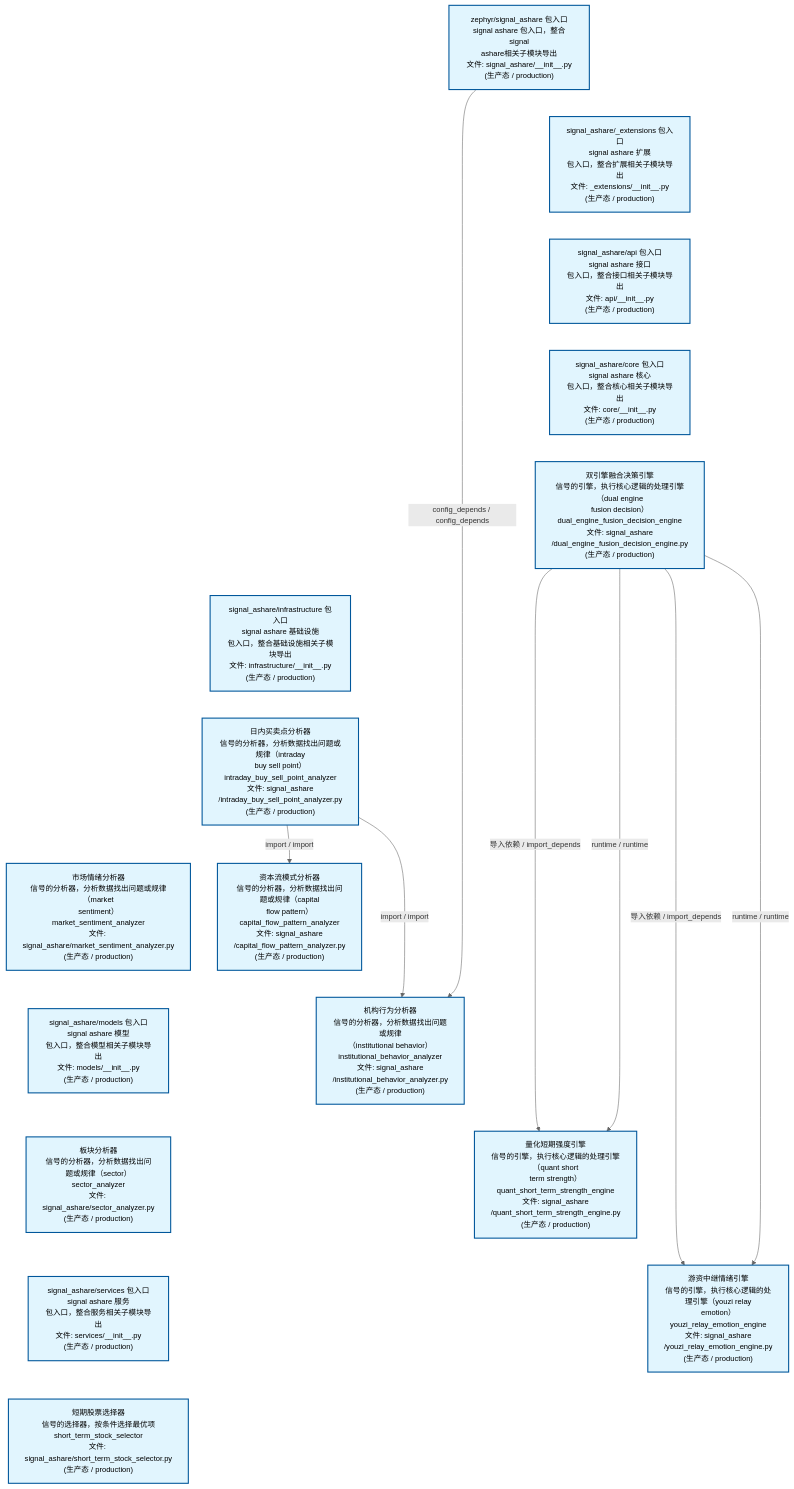
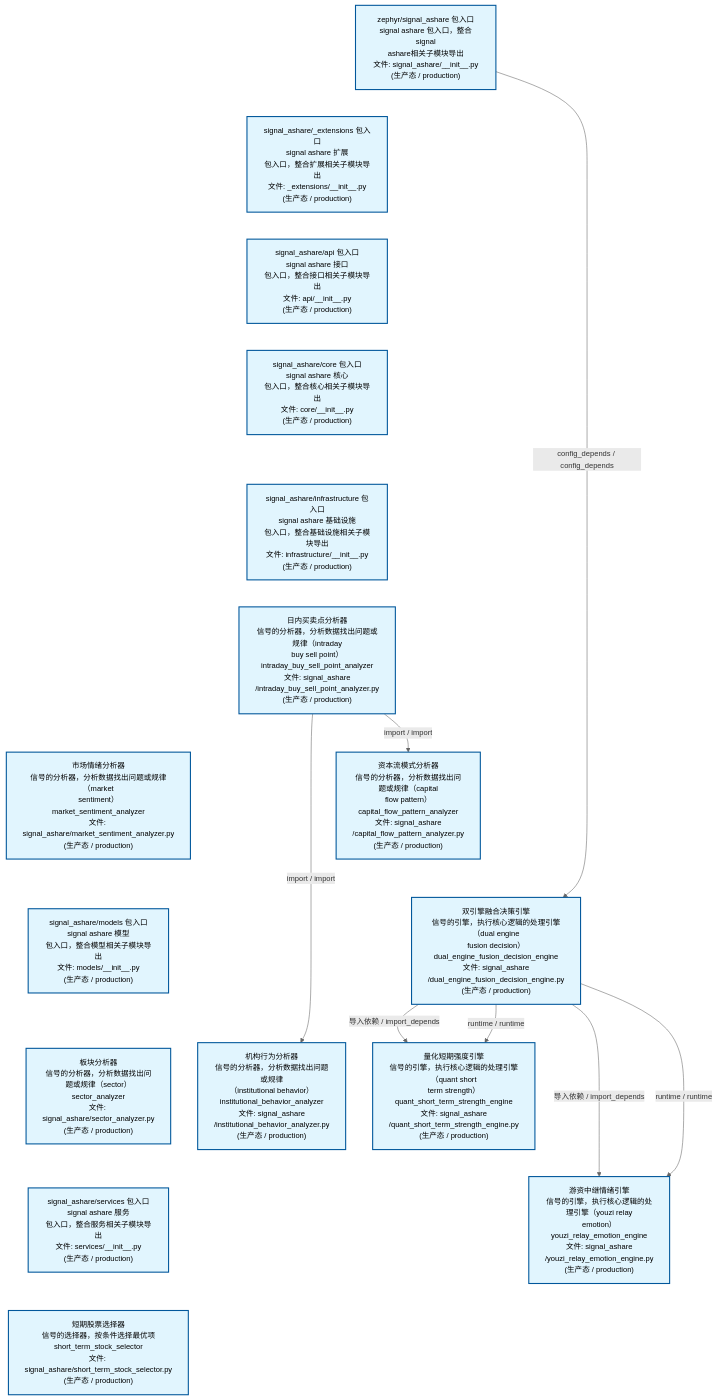
The second of 4 diagrams in docs/02_enterprise_architecture/02_domain_architecture_docs/32_d_ashare_signal.md (xuanFelixVan/ZephyrAlpha), drawn with Mermaid before and after one commit. The commit also changed other lines of this file and 47 other files, not shown here.

````diff
--- a/docs/02_enterprise_architecture/02_domain_architecture_docs/32_d_ashare_signal.md
+++ b/docs/02_enterprise_architecture/02_domain_architecture_docs/32_d_ashare_signal.md
@@ -114,46 +113,45 @@
 ```mermaid
 %%{init: {'theme': 'base', 'themeVariables': {'primaryColor': '#eaeaea', 'primaryTextColor': '#333333', 'primaryBorderColor': '#666666', 'lineColor': '#666666', 'secondaryColor': '#eaeaea', 'tertiaryColor': '#eaeaea', 'fontSize': '14px'}}}%%
 flowchart TD
     src_zephyr_signal_ashare_init_py["zephyr/signal_ashare 包入口<br/>signal ashare 包入口，整合signal<br/>ashare相关子模块导出<br/>文件: signal_ashare/__init__.py<br/>(生产态 / production)"]
     src_zephyr_signal_ashare_extensions_init_py["signal_ashare/_extensions 包入口<br/>signal ashare 扩展<br/>包入口，整合扩展相关子模块导出<br/>文件: _extensions/__init__.py<br/>(生产态 / production)"]
     src_zephyr_signal_ashare_api_init_py["signal_ashare/api 包入口<br/>signal ashare 接口<br/>包入口，整合接口相关子模块导出<br/>文件: api/__init__.py<br/>(生产态 / production)"]
     src_zephyr_signal_ashare_core_init_py["signal_ashare/core 包入口<br/>signal ashare 核心<br/>包入口，整合核心相关子模块导出<br/>文件: core/__init__.py<br/>(生产态 / production)"]
-    src_zephyr_signal_ashare_dual_engine_fusion_decision_engine_py["双引擎融合决策引擎<br/>信号的引擎，执行核心逻辑的处理引擎（dual engine<br/>fusion decision）<br/>dual_engine_fusion_decision_engine<br/>文件: signal_ashare<br/>/dual_engine_fusion_decision_engine.py<br/>(生产态 / production)"]
     src_zephyr_signal_ashare_infrastructure_init_py["signal_ashare/infrastructure 包入口<br/>signal ashare 基础设施<br/>包入口，整合基础设施相关子模块导出<br/>文件: infrastructure/__init__.py<br/>(生产态 / production)"]
     src_zephyr_signal_ashare_intraday_buy_sell_point_analyzer_py["日内买卖点分析器<br/>信号的分析器，分析数据找出问题或规律（intraday<br/>buy sell point）<br/>intraday_buy_sell_point_analyzer<br/>文件: signal_ashare<br/>/intraday_buy_sell_point_analyzer.py<br/>(生产态 / production)"]
     src_zephyr_signal_ashare_market_sentiment_analyzer_py["市场情绪分析器<br/>信号的分析器，分析数据找出问题或规律（market<br/>sentiment）<br/>market_sentiment_analyzer<br/>文件: signal_ashare/market_sentiment_analyzer.py<br/>(生产态 / production)"]
     src_zephyr_signal_ashare_models_init_py["signal_ashare/models 包入口<br/>signal ashare 模型<br/>包入口，整合模型相关子模块导出<br/>文件: models/__init__.py<br/>(生产态 / production)"]
     src_zephyr_signal_ashare_sector_analyzer_py["板块分析器<br/>信号的分析器，分析数据找出问题或规律（sector）<br/>sector_analyzer<br/>文件: signal_ashare/sector_analyzer.py<br/>(生产态 / production)"]
     src_zephyr_signal_ashare_services_init_py["signal_ashare/services 包入口<br/>signal ashare 服务<br/>包入口，整合服务相关子模块导出<br/>文件: services/__init__.py<br/>(生产态 / production)"]
     src_zephyr_signal_ashare_short_term_stock_selector_py["短期股票选择器<br/>信号的选择器，按条件选择最优项<br/>short_term_stock_selector<br/>文件: signal_ashare/short_term_stock_selector.py<br/>(生产态 / production)"]
     src_zephyr_signal_ashare_init_py ~~~ src_zephyr_signal_ashare_extensions_init_py
     src_zephyr_signal_ashare_extensions_init_py ~~~ src_zephyr_signal_ashare_api_init_py
     src_zephyr_signal_ashare_api_init_py ~~~ src_zephyr_signal_ashare_core_init_py
-    src_zephyr_signal_ashare_core_init_py ~~~ src_zephyr_signal_ashare_dual_engine_fusion_decision_engine_py
-    src_zephyr_signal_ashare_dual_engine_fusion_decision_engine_py ~~~ src_zephyr_signal_ashare_infrastructure_init_py
+    src_zephyr_signal_ashare_core_init_py ~~~ src_zephyr_signal_ashare_infrastructure_init_py
     src_zephyr_signal_ashare_infrastructure_init_py ~~~ src_zephyr_signal_ashare_intraday_buy_sell_point_analyzer_py
     src_zephyr_signal_ashare_intraday_buy_sell_point_analyzer_py ~~~ src_zephyr_signal_ashare_market_sentiment_analyzer_py
     src_zephyr_signal_ashare_market_sentiment_analyzer_py ~~~ src_zephyr_signal_ashare_models_init_py
     src_zephyr_signal_ashare_models_init_py ~~~ src_zephyr_signal_ashare_sector_analyzer_py
     src_zephyr_signal_ashare_sector_analyzer_py ~~~ src_zephyr_signal_ashare_services_init_py
     src_zephyr_signal_ashare_services_init_py ~~~ src_zephyr_signal_ashare_short_term_stock_selector_py
     src_zephyr_signal_ashare_capital_flow_pattern_analyzer_py["资本流模式分析器<br/>信号的分析器，分析数据找出问题或规律（capital<br/>flow pattern）<br/>capital_flow_pattern_analyzer<br/>文件: signal_ashare<br/>/capital_flow_pattern_analyzer.py<br/>(生产态 / production)"]
+    src_zephyr_signal_ashare_dual_engine_fusion_decision_engine_py["双引擎融合决策引擎<br/>信号的引擎，执行核心逻辑的处理引擎（dual engine<br/>fusion decision）<br/>dual_engine_fusion_decision_engine<br/>文件: signal_ashare<br/>/dual_engine_fusion_decision_engine.py<br/>(生产态 / production)"]
     src_zephyr_signal_ashare_institutional_behavior_analyzer_py["机构行为分析器<br/>信号的分析器，分析数据找出问题或规律<br/>（institutional behavior）<br/>institutional_behavior_analyzer<br/>文件: signal_ashare<br/>/institutional_behavior_analyzer.py<br/>(生产态 / production)"]
+    src_zephyr_signal_ashare_capital_flow_pattern_analyzer_py ~~~ src_zephyr_signal_ashare_dual_engine_fusion_decision_engine_py
+    src_zephyr_signal_ashare_dual_engine_fusion_decision_engine_py ~~~ src_zephyr_signal_ashare_institutional_behavior_analyzer_py
     src_zephyr_signal_ashare_quant_short_term_strength_engine_py["量化短期强度引擎<br/>信号的引擎，执行核心逻辑的处理引擎（quant short<br/>term strength）<br/>quant_short_term_strength_engine<br/>文件: signal_ashare<br/>/quant_short_term_strength_engine.py<br/>(生产态 / production)"]
     src_zephyr_signal_ashare_youzi_relay_emotion_engine_py["游资中继情绪引擎<br/>信号的引擎，执行核心逻辑的处理引擎（youzi relay<br/>emotion）<br/>youzi_relay_emotion_engine<br/>文件: signal_ashare<br/>/youzi_relay_emotion_engine.py<br/>(生产态 / production)"]
-    src_zephyr_signal_ashare_capital_flow_pattern_analyzer_py ~~~ src_zephyr_signal_ashare_institutional_behavior_analyzer_py
-    src_zephyr_signal_ashare_institutional_behavior_analyzer_py ~~~ src_zephyr_signal_ashare_quant_short_term_strength_engine_py
     src_zephyr_signal_ashare_quant_short_term_strength_engine_py ~~~ src_zephyr_signal_ashare_youzi_relay_emotion_engine_py
     src_zephyr_signal_ashare_dual_engine_fusion_decision_engine_py -->|导入依赖 / import_depends| src_zephyr_signal_ashare_quant_short_term_strength_engine_py
     src_zephyr_signal_ashare_dual_engine_fusion_decision_engine_py -->|runtime / runtime| src_zephyr_signal_ashare_quant_short_term_strength_engine_py
     src_zephyr_signal_ashare_dual_engine_fusion_decision_engine_py -->|导入依赖 / import_depends| src_zephyr_signal_ashare_youzi_relay_emotion_engine_py
     src_zephyr_signal_ashare_dual_engine_fusion_decision_engine_py -->|runtime / runtime| src_zephyr_signal_ashare_youzi_relay_emotion_engine_py
+    src_zephyr_signal_ashare_intraday_buy_sell_point_analyzer_py -->|import / import| src_zephyr_signal_ashare_capital_flow_pattern_analyzer_py
     src_zephyr_signal_ashare_intraday_buy_sell_point_analyzer_py -->|import / import| src_zephyr_signal_ashare_institutional_behavior_analyzer_py
-    src_zephyr_signal_ashare_intraday_buy_sell_point_analyzer_py -->|import / import| src_zephyr_signal_ashare_capital_flow_pattern_analyzer_py
-    src_zephyr_signal_ashare_init_py -->|config_depends / config_depends| src_zephyr_signal_ashare_institutional_behavior_analyzer_py
+    src_zephyr_signal_ashare_init_py -->|config_depends / config_depends| src_zephyr_signal_ashare_dual_engine_fusion_decision_engine_py
     classDef production fill:#e1f5fe,stroke:#01579b,stroke-width:2px,color:#000
     classDef design fill:#fff3e0,stroke:#e65100,stroke-width:2px,color:#000,stroke-dasharray: 5 5
     classDef external_prod fill:#e8f4fd,stroke:#0277bd,stroke-width:1px,color:#000
     classDef external_design fill:#fff8e7,stroke:#ef6c00,stroke-width:1px,color:#000,stroke-dasharray: 5 5
     class src_zephyr_signal_ashare_init_py,src_zephyr_signal_ashare_extensions_init_py,src_zephyr_signal_ashare_api_init_py,src_zephyr_signal_ashare_capital_flow_pattern_analyzer_py,src_zephyr_signal_ashare_core_init_py,src_zephyr_signal_ashare_dual_engine_fusion_decision_engine_py,src_zephyr_signal_ashare_infrastructure_init_py,src_zephyr_signal_ashare_institutional_behavior_analyzer_py,src_zephyr_signal_ashare_intraday_buy_sell_point_analyzer_py,src_zephyr_signal_ashare_market_sentiment_analyzer_py,src_zephyr_signal_ashare_models_init_py,src_zephyr_signal_ashare_quant_short_term_strength_engine_py,src_zephyr_signal_ashare_sector_analyzer_py,src_zephyr_signal_ashare_services_init_py,src_zephyr_signal_ashare_short_term_stock_selector_py,src_zephyr_signal_ashare_youzi_relay_emotion_engine_py production
 ```
````
